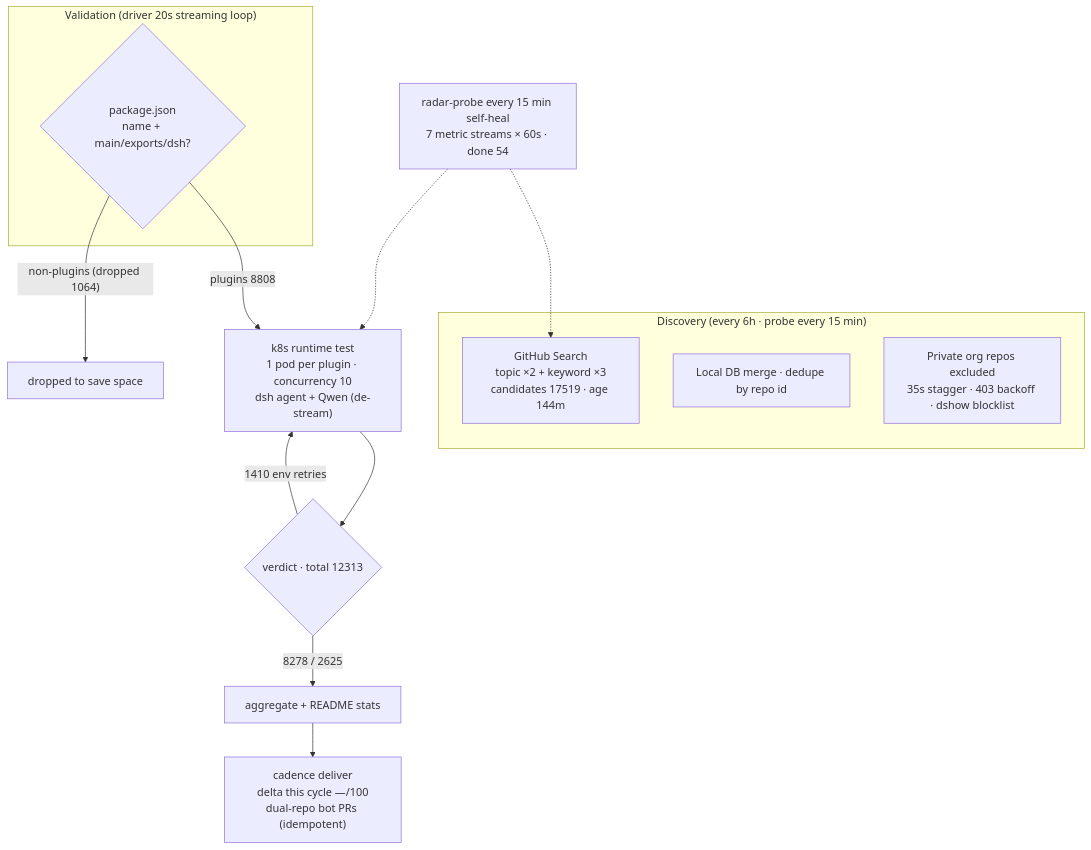
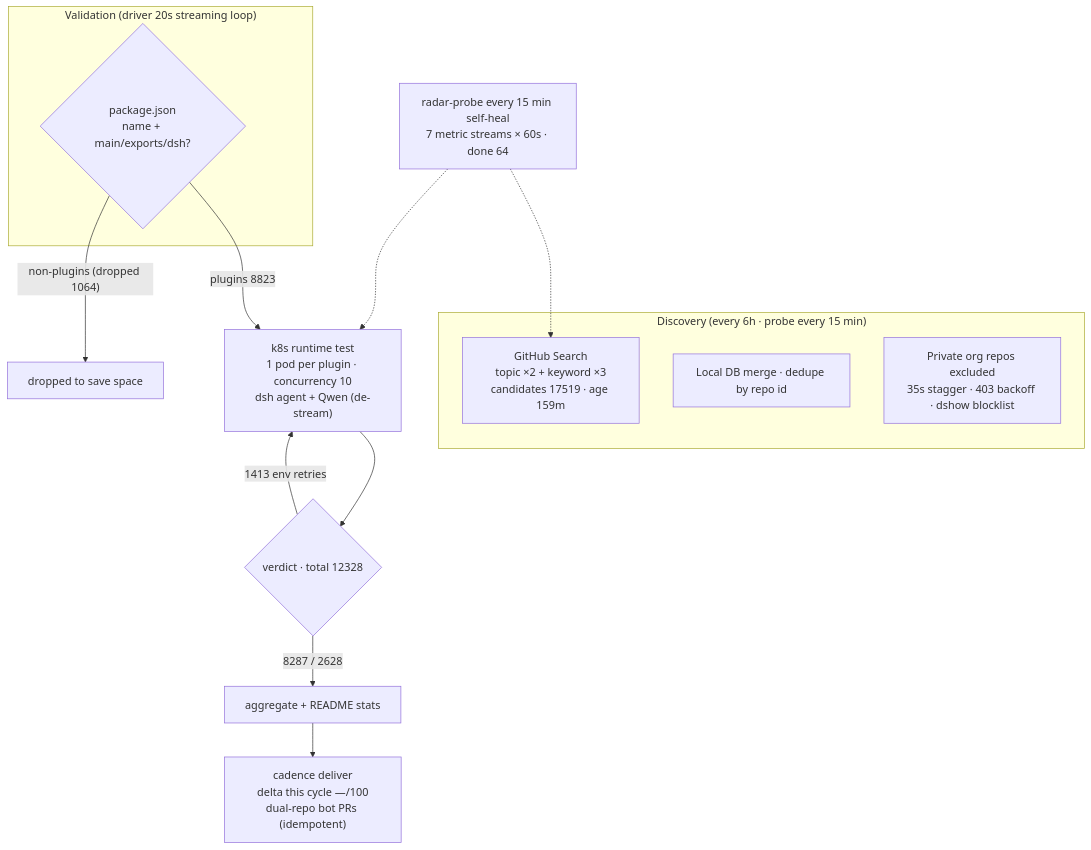
The diagram in README.en-US.md (AdamPlatin123/awesome-dsh-plugins), drawn with Mermaid before and after one commit. The commit also changed other lines of this file and 5 other files, not shown here.

````diff
--- a/README.en-US.md
+++ b/README.en-US.md
@@ -45,20 +45,20 @@
 ```mermaid
 flowchart TB
     subgraph Discovery["Discovery (every 6h · probe every 15 min)"]
-        A1["GitHub Search<br/>topic ×2 + keyword ×3<br/>candidates 17519 · age 144m"]
+        A1["GitHub Search<br/>topic ×2 + keyword ×3<br/>candidates 17519 · age 159m"]
         A2["Local DB merge · dedupe by repo id"]
         A3["Private org repos excluded<br/>35s stagger · 403 backoff · dshow blocklist"]
     end
     subgraph Validation["Validation (driver 20s streaming loop)"]
         B1{"package.json<br/>name + main/exports/dsh?"}
     end
-    B1 -->|"plugins 8808"| C1["k8s runtime test<br/>1 pod per plugin · concurrency 10<br/>dsh agent + Qwen (de-stream)"]
+    B1 -->|"plugins 8823"| C1["k8s runtime test<br/>1 pod per plugin · concurrency 10<br/>dsh agent + Qwen (de-stream)"]
     B1 -->|"non-plugins (dropped 1064)"| B3["dropped to save space"]
-    C1 --> D1{"verdict · total 12313"}
-    D1 -->|"8278 / 2625"| E1["aggregate + README stats"]
-    D1 -->|"1410 env retries"| C1
+    C1 --> D1{"verdict · total 12328"}
+    D1 -->|"8287 / 2628"| E1["aggregate + README stats"]
+    D1 -->|"1413 env retries"| C1
     E1 --> E2["cadence deliver<br/>delta this cycle —/100<br/>dual-repo bot PRs (idempotent)"]
-    M["radar-probe every 15 min self-heal<br/>7 metric streams × 60s · done 54"]
+    M["radar-probe every 15 min self-heal<br/>7 metric streams × 60s · done 64"]
     M -.-> A1
     M -.-> C1
 ```
````
